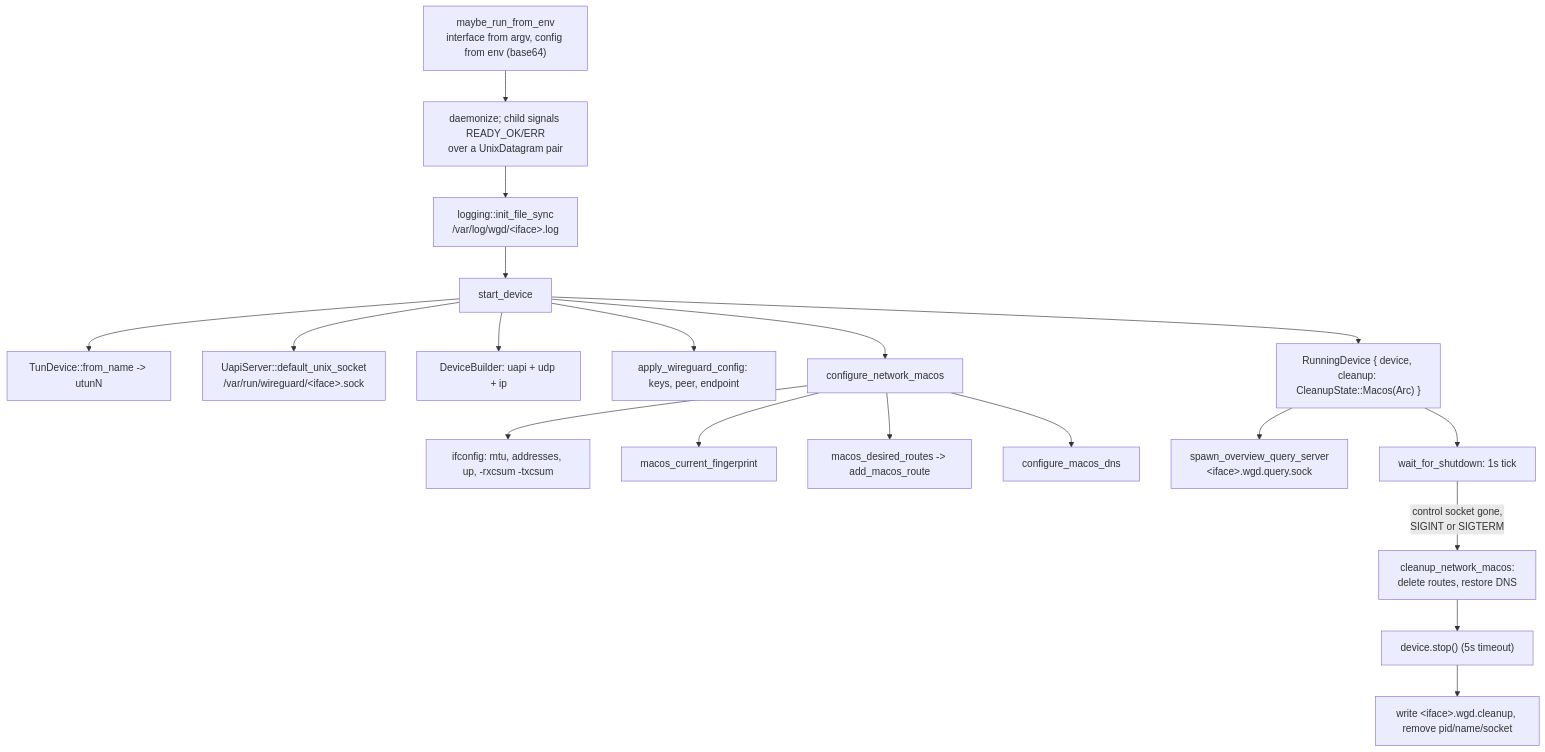
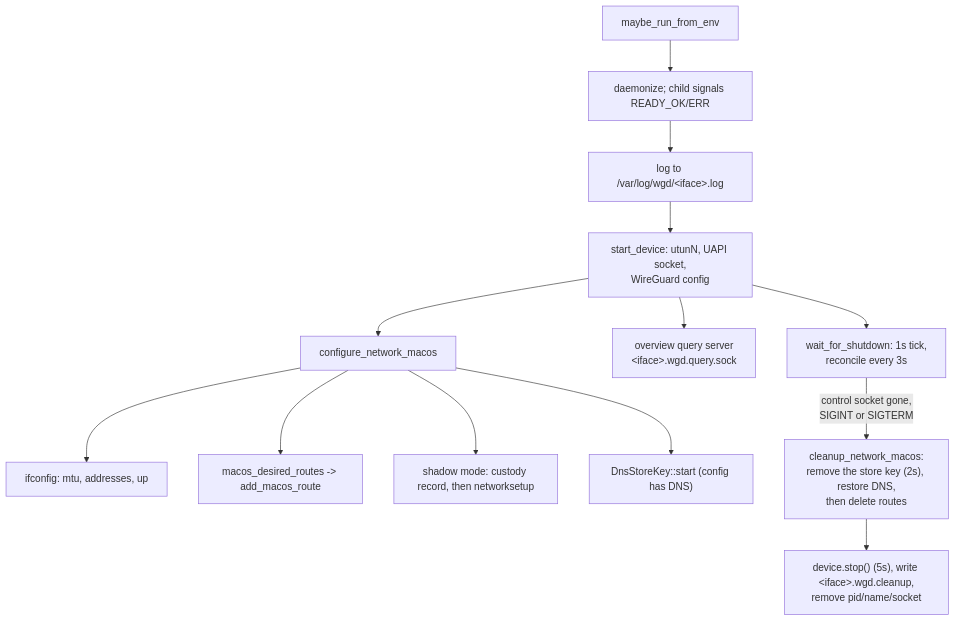
The eighth of 11 diagrams in doc/architecture.md (pansen/macos-wireguard-daemon), drawn with Mermaid before and after one commit. The commit also changed other lines of this file and 4 other files, not shown here.

````diff
--- a/doc/architecture.md
+++ b/doc/architecture.md
@@ -486,26 +374,15 @@
 ```mermaid
 flowchart TB
-    START["maybe_run_from_env<br/>interface from argv, config from env (base64)"]
-    START --> DAEMONIZE["daemonize; child signals READY_OK/ERR<br/>over a UnixDatagram pair"]
-    DAEMONIZE --> LOGF["logging::init_file_sync<br/>/var/log/wgd/&lt;iface&gt;.log"]
-    LOGF --> SD["start_device"]
-
-    SD --> TUN["TunDevice::from_name -> utunN"]
-    SD --> UAPI["UapiServer::default_unix_socket<br/>/var/run/wireguard/&lt;iface&gt;.sock"]
-    SD --> DEV["DeviceBuilder: uapi + udp + ip"]
-    SD --> CFG["apply_wireguard_config: keys, peer, endpoint"]
+    START["maybe_run_from_env"] --> DAEMONIZE["daemonize; child signals READY_OK/ERR"]
+    DAEMONIZE --> LOGF["log to /var/log/wgd/&lt;iface&gt;.log"]
+    LOGF --> SD["start_device: utunN, UAPI socket,<br/>WireGuard config"]
     SD --> NET["configure_network_macos"]
-
-    NET --> ADDR["ifconfig: mtu, addresses, up, -rxcsum -txcsum"]
-    NET --> FP["macos_current_fingerprint"]
+    NET --> ADDR["ifconfig: mtu, addresses, up"]
     NET --> ROUTES["macos_desired_routes -> add_macos_route"]
-    NET --> DNS["configure_macos_dns"]
-
-    SD --> RD["RunningDevice { device, cleanup: CleanupState::Macos(Arc) }"]
-    RD --> QS["spawn_overview_query_server<br/>&lt;iface&gt;.wgd.query.sock"]
-    RD --> WAIT["wait_for_shutdown: 1s tick"]
-
-    WAIT -->|"control socket gone,<br/>SIGINT or SIGTERM"| TEAR["cleanup_network_macos:<br/>delete routes, restore DNS"]
-    TEAR --> STOP["device.stop() (5s timeout)"]
-    STOP --> STATUS["write &lt;iface&gt;.wgd.cleanup, remove pid/name/socket"]
+    NET --> DNS["shadow mode: custody record, then networksetup"]
+    NET --> KEY["DnsStoreKey::start (config has DNS)"]
+    SD --> QS["overview query server<br/>&lt;iface&gt;.wgd.query.sock"]
+    SD --> WAIT["wait_for_shutdown: 1s tick,<br/>reconcile every 3s"]
+    WAIT -->|"control socket gone,<br/>SIGINT or SIGTERM"| TEAR["cleanup_network_macos:<br/>remove the store key (2s), restore DNS,<br/>then delete routes"]
+    TEAR --> STOP["device.stop() (5s), write &lt;iface&gt;.wgd.cleanup,<br/>remove pid/name/socket"]
 ```
````
